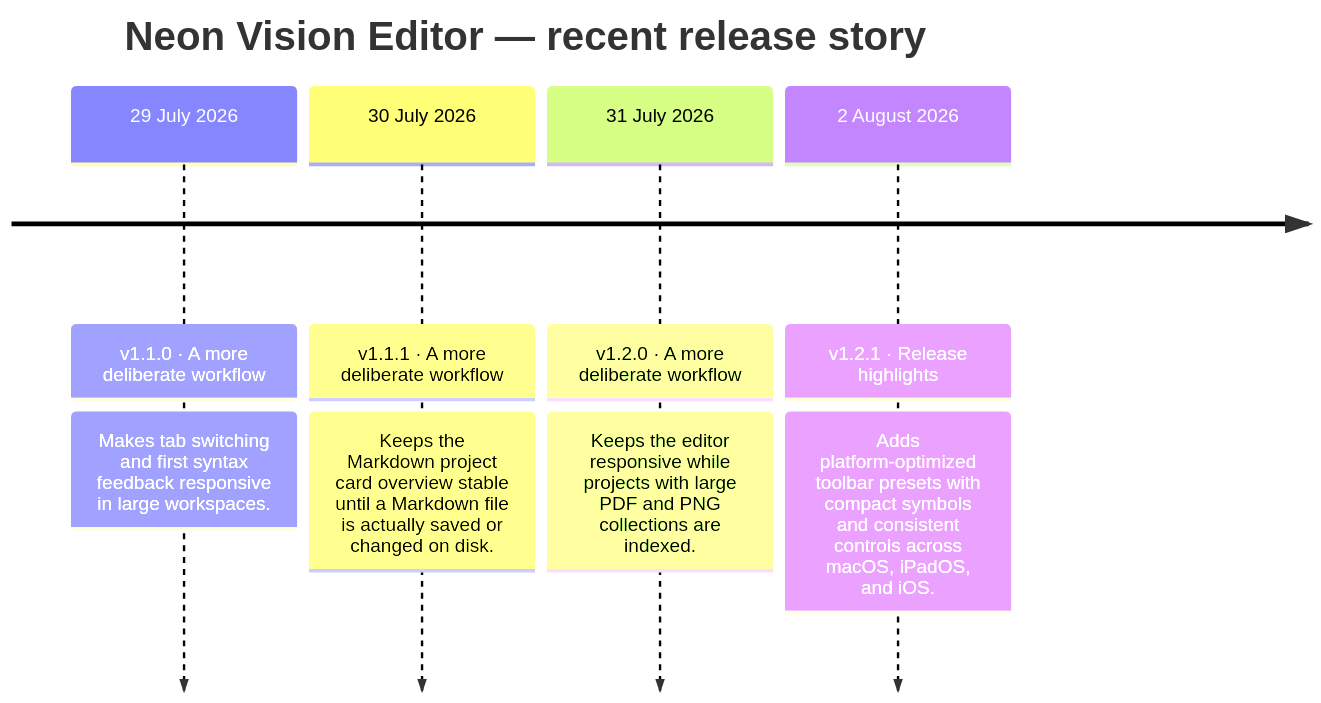
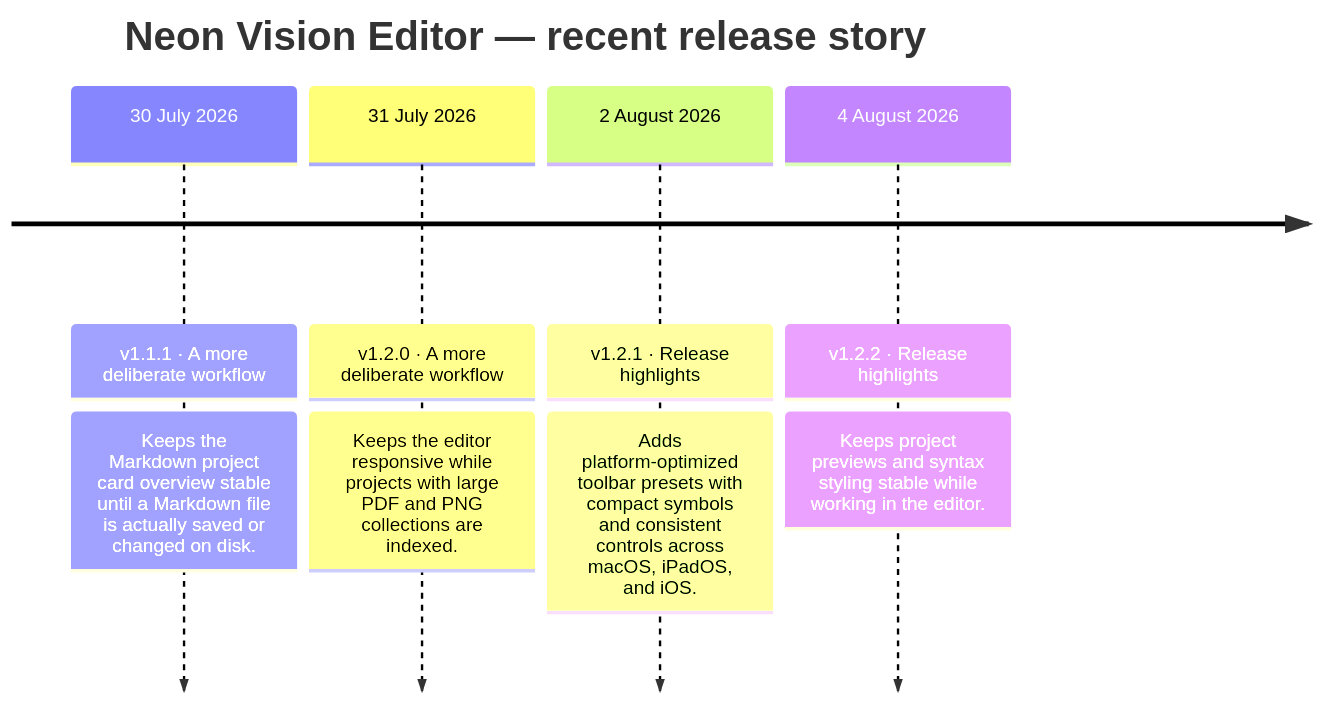
Before and after one commit to h3pdesign/Neon-Vision-Editor: the second of 2 diagrams in README.md, drawn with Mermaid. The commit also changed other lines of this file and 2 other files, not shown here.

Commit message:
docs: prepare v1.2.2 release surfaces

````diff
--- a/README.md
+++ b/README.md
@@ -776,12 +774,12 @@
 ```mermaid
 timeline
     title Neon Vision Editor — recent release story
-    29 July 2026 : v1.1.0 · A more deliberate workflow
-                : Makes tab switching and first syntax feedback responsive in large workspaces.
     30 July 2026 : v1.1.1 · A more deliberate workflow
                 : Keeps the Markdown project card overview stable until a Markdown file is actually saved or changed on disk.
     31 July 2026 : v1.2.0 · A more deliberate workflow
                 : Keeps the editor responsive while projects with large PDF and PNG collections are indexed.
     2 August 2026 : v1.2.1 · Release highlights
                 : Adds platform-optimized toolbar presets with compact symbols and consistent controls across macOS, iPadOS, and iOS.
+    4 August 2026 : v1.2.2 · Release highlights
+                : Keeps project previews and syntax styling stable while working in the editor.
 ```
````
